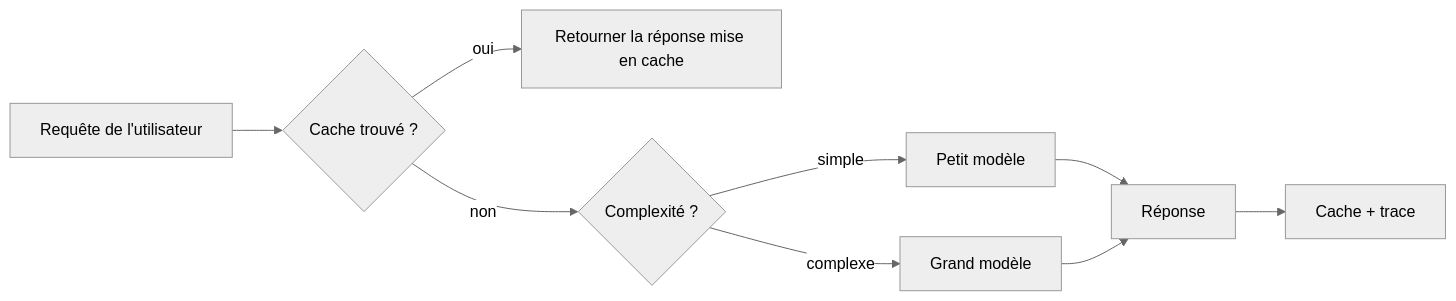
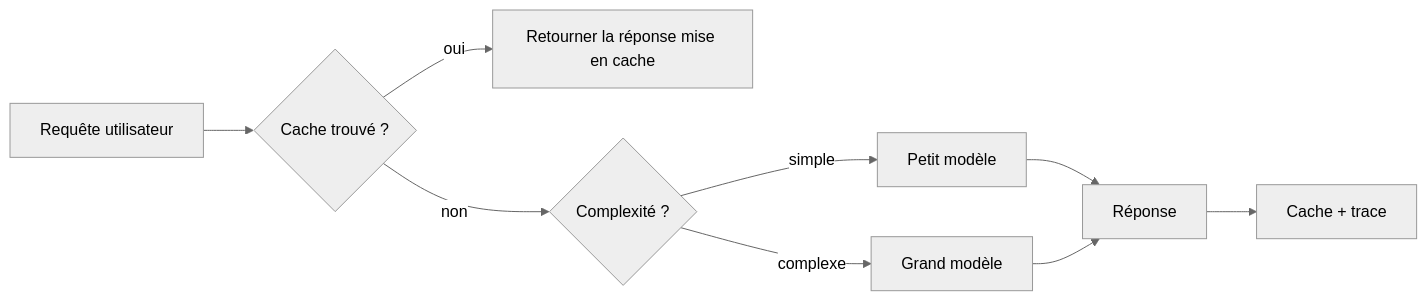
One commit to microsoft/ai-agents-for-beginners changed the third of 4 diagrams in translations/fr/16-deploying-scalable-agents/README.md. Above: the diagram before and after it, drawn with Mermaid (neutral theme). The commit also changed other lines of this file and 47 other files, not shown here.

````diff
--- a/translations/fr/16-deploying-scalable-agents/README.md
+++ b/translations/fr/16-deploying-scalable-agents/README.md
@@ -134,11 +134,11 @@
 ```mermaid
 flowchart LR
-    Q[Requête de l'utilisateur] --> C{Cache trouvé ?}
+    Q[Requête utilisateur] --> C{Cache trouvé ?}
     C -->|oui| R[Retourner la réponse mise en cache]
     C -->|non| Router{Complexité ?}
     Router -->|simple| SLM[Petit modèle]
     Router -->|complexe| LLM[Grand modèle]
     SLM --> Out[Réponse]
     LLM --> Out
     Out --> Store[Cache + trace]
 ```
````
